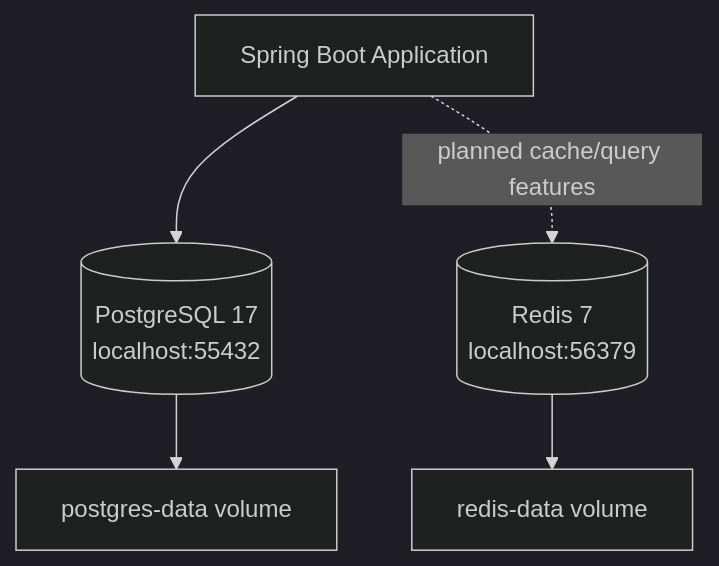
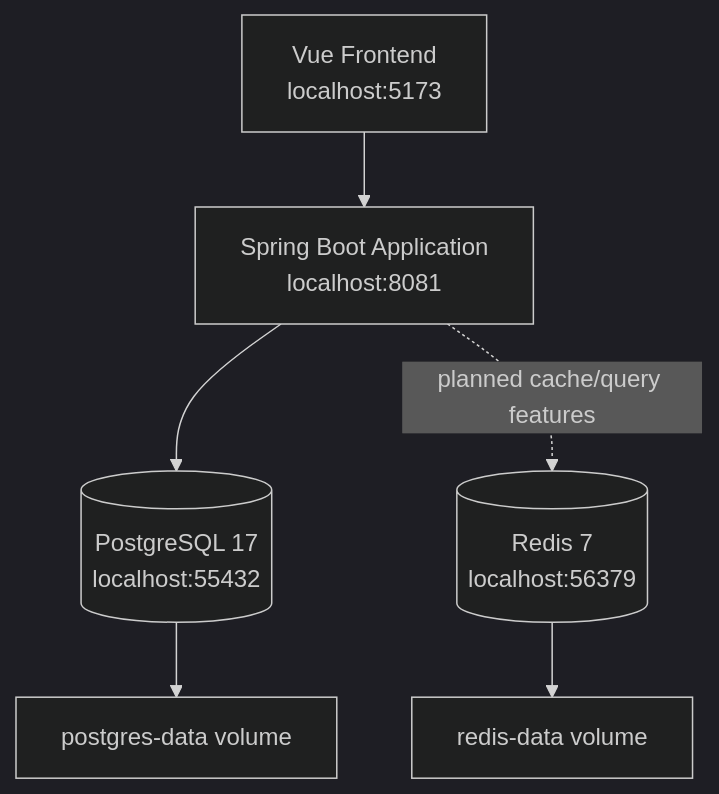
One commit to richardwaters9049/Data-Platform changed the second of 3 diagrams in README.md. Above: the diagram before and after it, drawn with Mermaid (dark theme). The commit also changed other lines of this file and 19 other files, not shown here.

````diff
--- a/README.md
+++ b/README.md
@@ -130,13 +134,15 @@
 ```mermaid
 flowchart TB
-    app["Spring Boot Application"]
+    frontend["Vue Frontend\nlocalhost:5173"]
+    app["Spring Boot Application\nlocalhost:8081"]
     postgres[("PostgreSQL 17\nlocalhost:55432")]
     redis[("Redis 7\nlocalhost:56379")]
     volume1["postgres-data volume"]
     volume2["redis-data volume"]
 
+    frontend --> app
     app --> postgres
     app -. "planned cache/query features" .-> redis
     postgres --> volume1
     redis --> volume2
 ```
````
